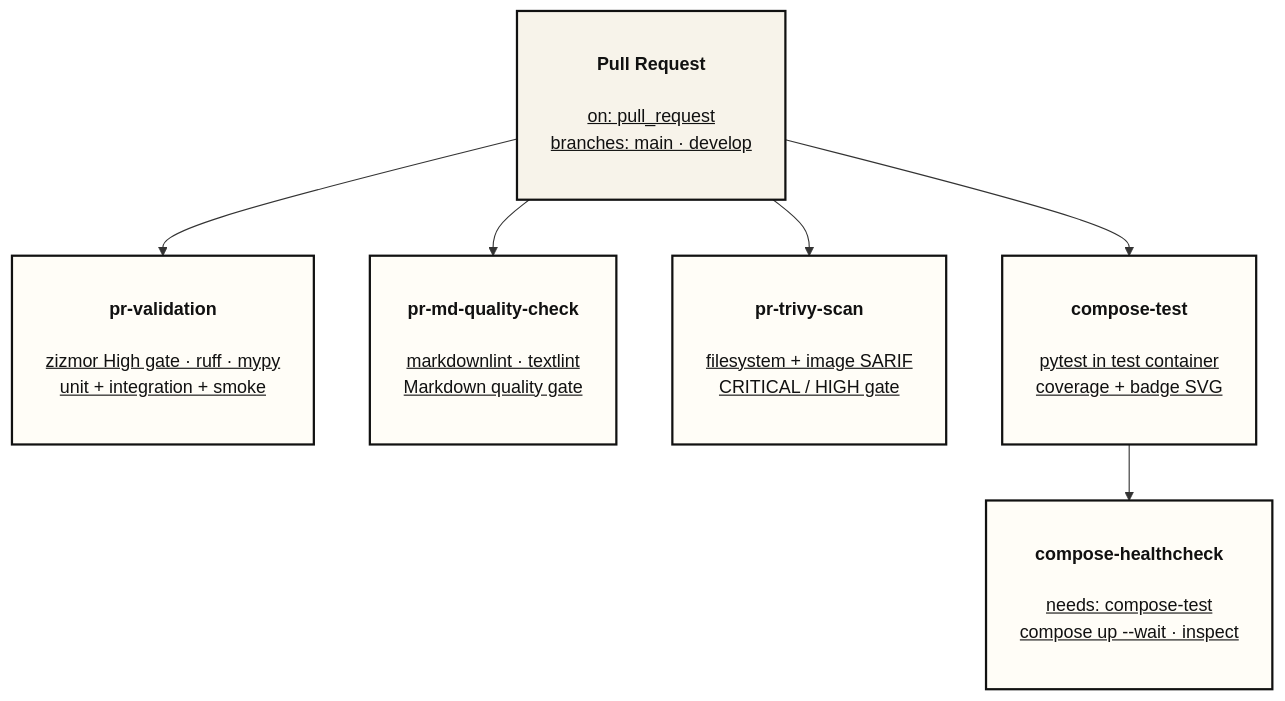
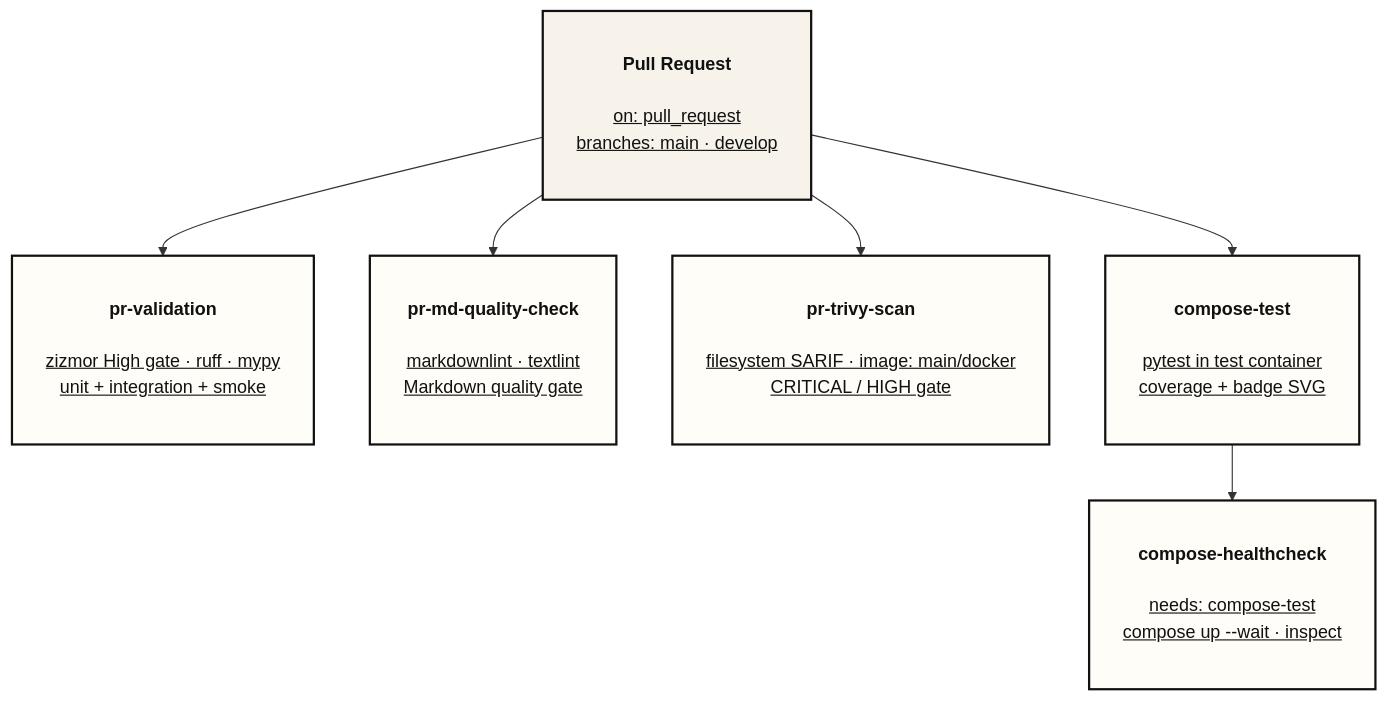
Before and after one commit to yaoki-dev/api-test-devops-portfolio: the first of 3 diagrams in docs/reference/ci_cd_pipeline.md, drawn with Mermaid. The commit also changed other lines of this file and 1 other file, not shown here.

````diff
--- a/docs/reference/ci_cd_pipeline.md
+++ b/docs/reference/ci_cd_pipeline.md
@@ -15,32 +15,32 @@
 ```mermaid
 ---
 config:
   flowchart:
     wrappingWidth: 420
 ---
 flowchart TD
     T["<h4>Pull Request</h4><u>on: pull_request<br/>branches: main · develop</u>
     <br/>"]
 
     T --> PV["<h4>pr-validation</h4><u>zizmor High gate · ruff · mypy<br/>unit + integration + smoke</u>
     <br/>"]
 
     T --> PMQ["<h4>pr-md-quality-check</h4><u>markdownlint · textlint<br/>Markdown quality gate</u>
     <br/>"]
 
-    T --> PS["<h4>pr-trivy-scan</h4><u>filesystem + image SARIF<br/>CRITICAL / HIGH gate</u>
+    T --> PS["<h4>pr-trivy-scan</h4><u>filesystem SARIF · image: main/docker<br/>CRITICAL / HIGH gate</u>
     <br/>"]
 
     T --> CT["<h4>compose-test</h4><u>pytest in test container<br/>coverage + badge SVG</u>
     <br/>"]
 
     CT --> CH["<h4>compose-healthcheck</h4><u>needs: compose-test<br/>compose up --wait · inspect</u>
     <br/>"]
 
     classDef default fill:#F7F3EA,stroke:#111,stroke-width:1.5px,color:#111;
     classDef trigger fill:#F7F3EA,stroke:#111,stroke-width:2px,color:#111;
     classDef job fill:#FFFDF7,stroke:#111,stroke-width:2px,color:#111;
 
     class T trigger;
     class PV,PMQ,PS,CT,CH job;
 ```
````
